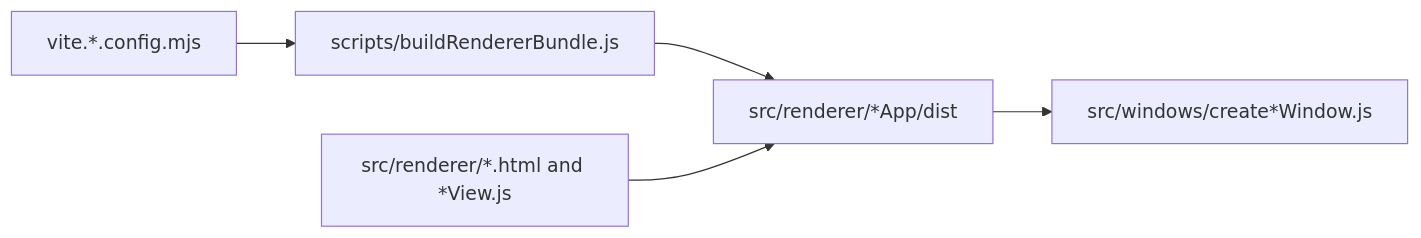
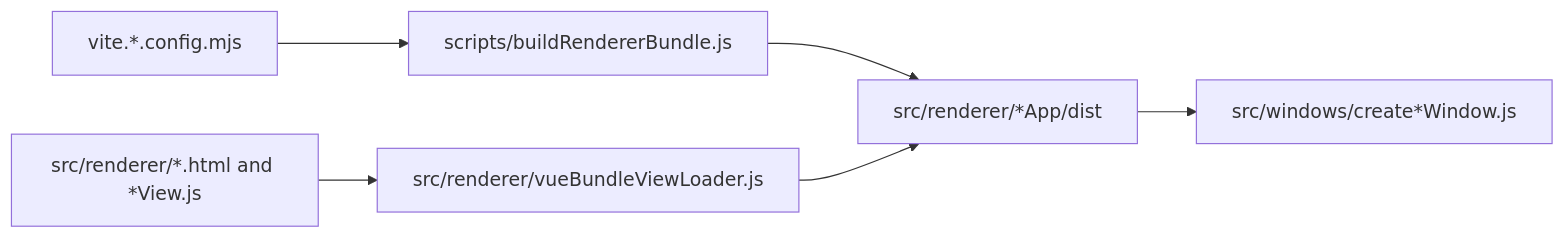
Before and after one commit to wykz888/TEMU-TOOL-Electron: the third of 3 diagrams in .nexus-map/arch/dependencies.md, drawn with Mermaid. The commit also changed 69 other files, not shown here.

````diff
--- a/.nexus-map/arch/dependencies.md
+++ b/.nexus-map/arch/dependencies.md
@@ -38,7 +38,8 @@
 ```mermaid
 flowchart LR
   ViteConfigs[vite.*.config.mjs] --> BuildHelper[scripts/buildRendererBundle.js]
   BuildHelper --> DistBundles[src/renderer/*App/dist]
-  HtmlShell[src/renderer/*.html and *View.js] --> DistBundles
+  HtmlShell[src/renderer/*.html and *View.js] --> SharedHelper[src/renderer/vueBundleViewLoader.js]
+  SharedHelper --> DistBundles
   DistBundles --> BrowserWindows[src/windows/create*Window.js]
 ```
````
